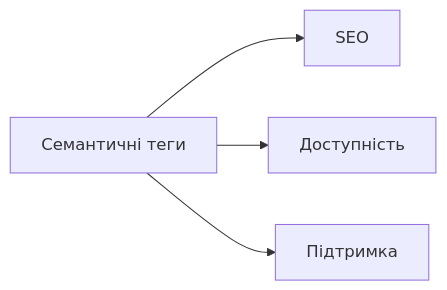
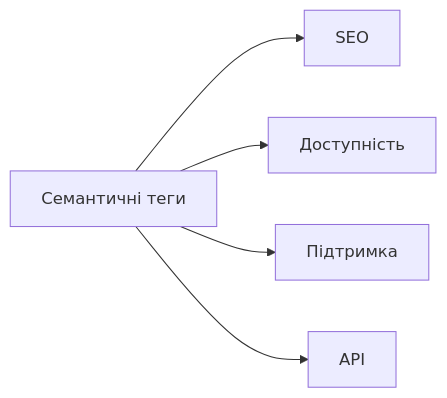
Before and after one commit to Ooodysseus/Studying: the second of 2 diagrams in Book/HTML/03-semantic-tags.md, drawn with Mermaid. The commit also changed other lines of this file and 10 other files, not shown here.

````diff
--- a/Book/HTML/03-semantic-tags.md
+++ b/Book/HTML/03-semantic-tags.md
@@ -110,6 +150,7 @@
 ```mermaid
 graph LR
     Semantics[Семантичні теги] --> SEO[SEO]
     Semantics --> Accessibility[Доступність]
     Semantics --> Maintain[Підтримка]
+    Semantics --> API[API]
 ```
````
